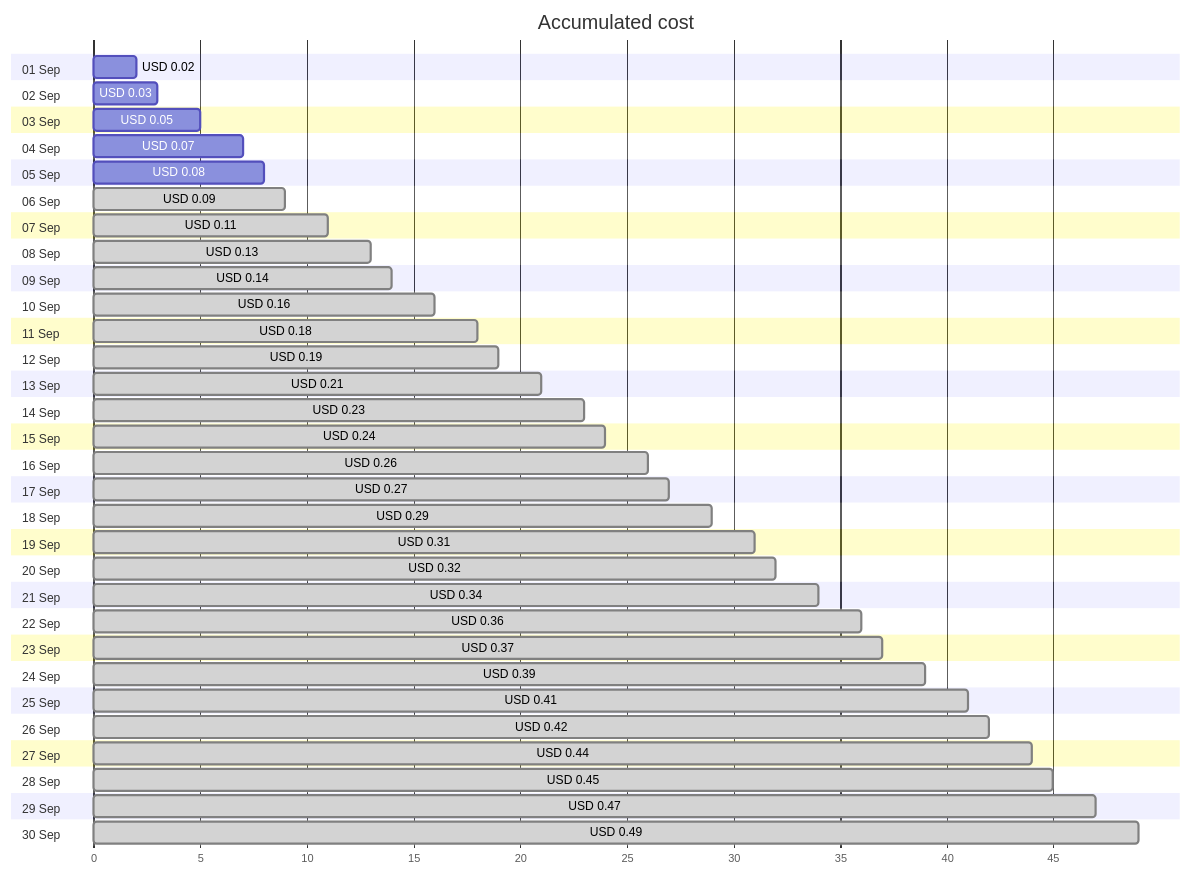
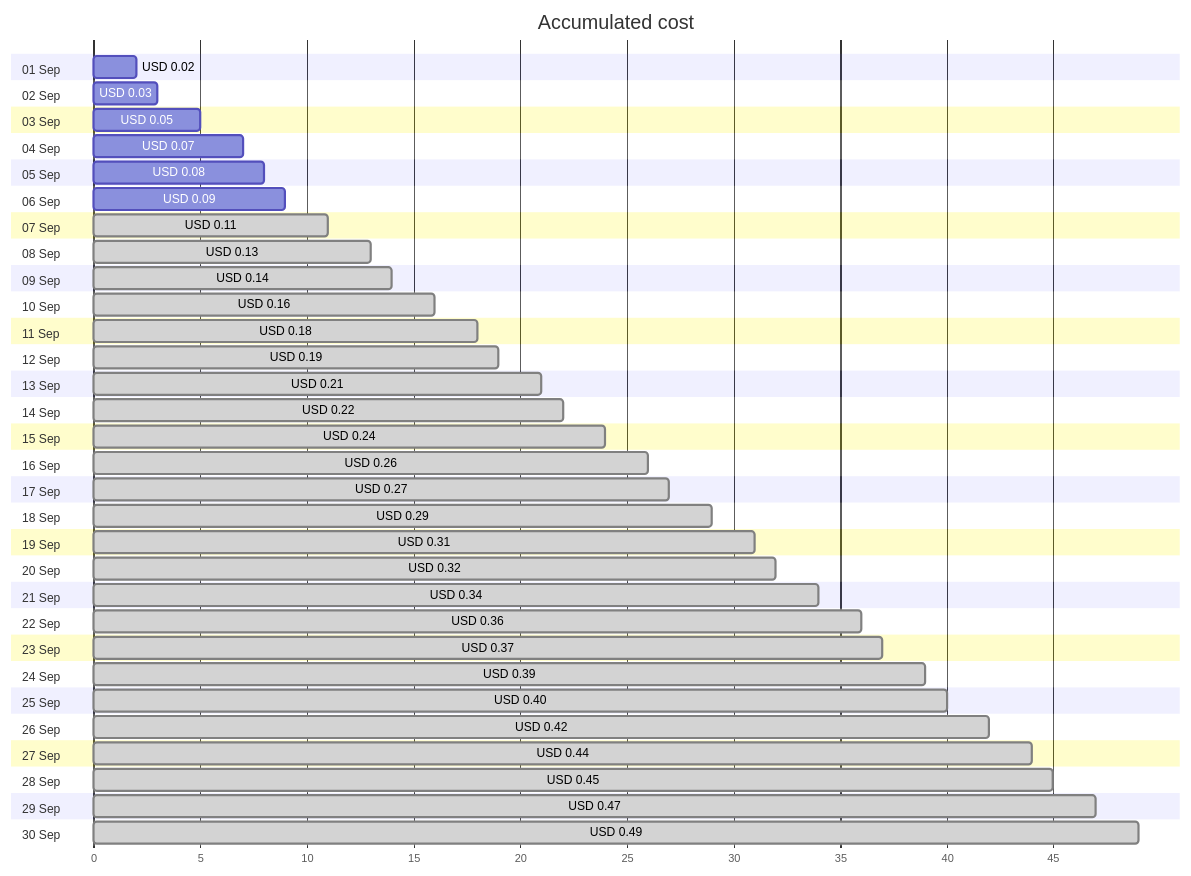
One commit to jpfulton/azure-personal-reports changed the first of 4 diagrams in cost-reports/personal-dns/jpatrickfulton.com.md. Above: the diagram before and after it, drawn with Mermaid. The commit also changed other lines of this file and 2 other files, not shown here.

````diff
--- a/cost-reports/personal-dns/jpatrickfulton.com.md
+++ b/cost-reports/personal-dns/jpatrickfulton.com.md
@@ -20,66 +20,66 @@
 ```mermaid
 gantt
    title Accumulated cost
    dateFormat  X
    axisFormat %s
    section 01 Sep
    USD 0.02 :0, 2
    section 02 Sep
    USD 0.03 :0, 3
    section 03 Sep
    USD 0.05 :0, 5
    section 04 Sep
    USD 0.07 :0, 7
    section 05 Sep
    USD 0.08 :0, 8
    section 06 Sep
-   USD 0.09 : done, 0, 9
+   USD 0.09 :0, 9
    section 07 Sep
    USD 0.11 : done, 0, 11
    section 08 Sep
    USD 0.13 : done, 0, 13
    section 09 Sep
    USD 0.14 : done, 0, 14
    section 10 Sep
    USD 0.16 : done, 0, 16
    section 11 Sep
    USD 0.18 : done, 0, 18
    section 12 Sep
    USD 0.19 : done, 0, 19
    section 13 Sep
    USD 0.21 : done, 0, 21
    section 14 Sep
-   USD 0.23 : done, 0, 23
+   USD 0.22 : done, 0, 22
    section 15 Sep
    USD 0.24 : done, 0, 24
    section 16 Sep
    USD 0.26 : done, 0, 26
    section 17 Sep
    USD 0.27 : done, 0, 27
    section 18 Sep
    USD 0.29 : done, 0, 29
    section 19 Sep
    USD 0.31 : done, 0, 31
    section 20 Sep
    USD 0.32 : done, 0, 32
    section 21 Sep
    USD 0.34 : done, 0, 34
    section 22 Sep
    USD 0.36 : done, 0, 36
    section 23 Sep
    USD 0.37 : done, 0, 37
    section 24 Sep
    USD 0.39 : done, 0, 39
    section 25 Sep
-   USD 0.41 : done, 0, 41
+   USD 0.40 : done, 0, 40
    section 26 Sep
    USD 0.42 : done, 0, 42
    section 27 Sep
    USD 0.44 : done, 0, 44
    section 28 Sep
    USD 0.45 : done, 0, 45
    section 29 Sep
    USD 0.47 : done, 0, 47
    section 30 Sep
    USD 0.49 : done, 0, 49
 ```
````
